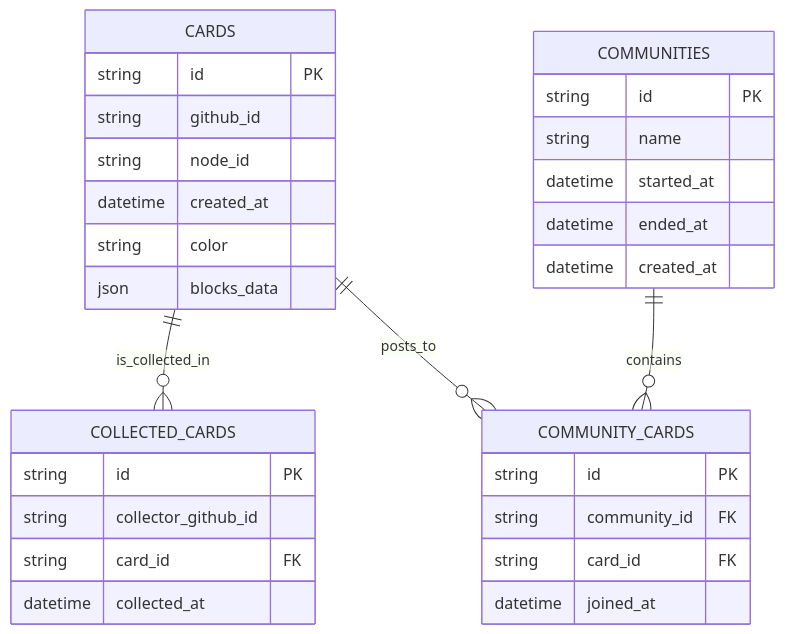
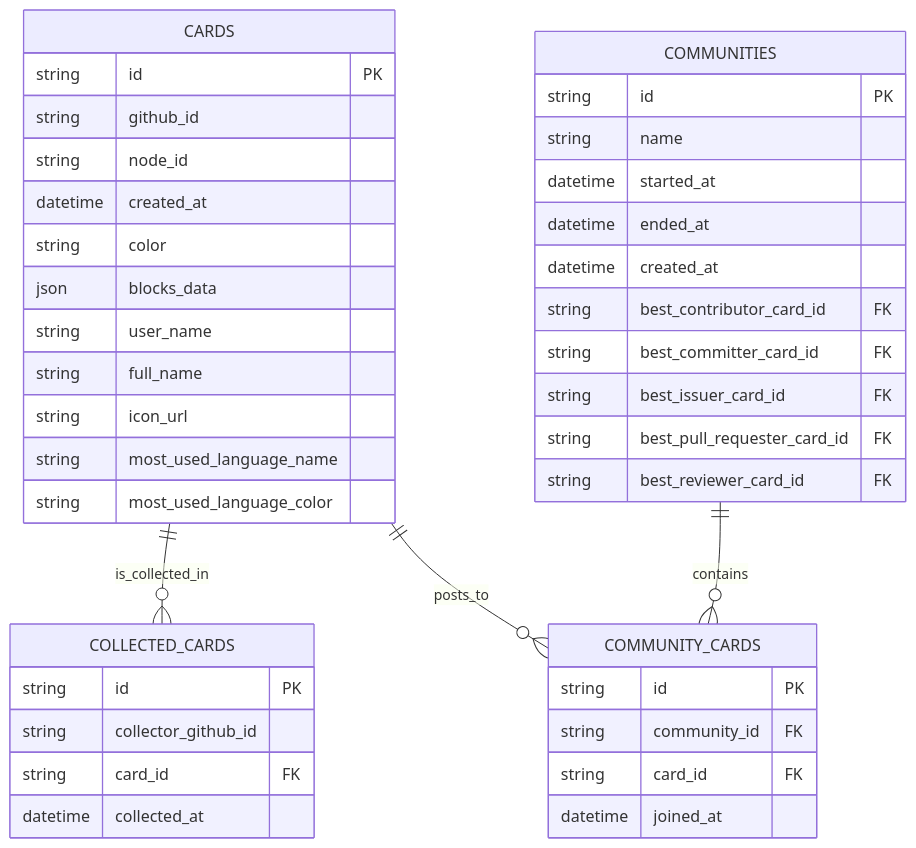
Before and after one commit to furarico/octo-deck-api: the diagram in docs/er.md, drawn with Mermaid.

Commit message:
Update diagram (#138)

````diff
--- a/docs/er.md
+++ b/docs/er.md
@@ -3,37 +3,47 @@
 ```mermaid
 erDiagram
     CARDS {
         string id PK
         string github_id
         string node_id
         datetime created_at
         string color
         json blocks_data
+        string user_name
+        string full_name
+        string icon_url
+        string most_used_language_name
+        string most_used_language_color
     }
 
     COLLECTED_CARDS {
         string id PK
         string collector_github_id
         string card_id FK
         datetime collected_at
     }
 
     COMMUNITIES {
         string id PK
         string name
         datetime started_at
         datetime ended_at
         datetime created_at
+        string best_contributor_card_id FK
+        string best_committer_card_id FK
+        string best_issuer_card_id FK
+        string best_pull_requester_card_id FK
+        string best_reviewer_card_id FK
     }
 
     COMMUNITY_CARDS {
         string id PK
         string community_id FK
         string card_id FK
         datetime joined_at
     }
 
     CARDS ||--o{ COLLECTED_CARDS : is_collected_in
     CARDS ||--o{ COMMUNITY_CARDS : posts_to
     COMMUNITIES ||--o{ COMMUNITY_CARDS : contains
 ```
````
